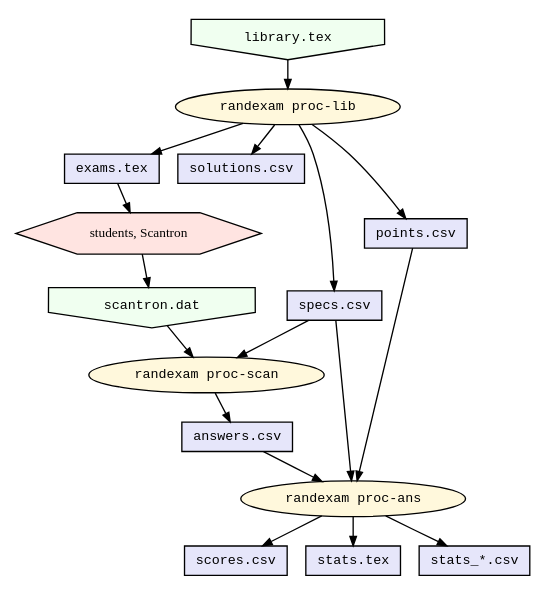
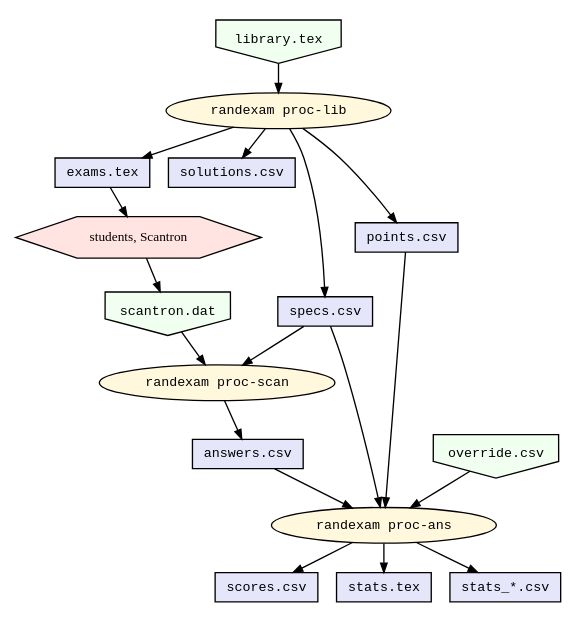
The diagram in pipeline.gv (mwest1066/randexam), drawn with Graphviz before and after one commit. The commit also changed 2 other files, not shown here.

Commit message:
load override.csv and use it to compute scores

```diff
--- a/pipeline.gv
+++ b/pipeline.gv
@@ -1,33 +1,34 @@
 digraph partmc_modules {
     rankdir = TB;
     node [fontsize = 10, height = 0.3, width = 0.5];
     graph [nodesep = 0.2, ranksep = 0.3];
     edge [arrowsize = 0.7];
 
-    library [label="library.tex", fontname=Courier, shape=invhouse, style=filled, fillcolor=honeydew1];
-    scantron [label="scantron.dat", fontname=Courier, shape=invhouse, style=filled, fillcolor=honeydew1];
+    library [label="library.tex", fixedsize=true, width=1.3, height=0.5, fontname=Courier, shape=invhouse, style=filled, fillcolor=honeydew1];
+    scantron [label="scantron.dat", fixedsize=true, width=1.3, height=0.5, fontname=Courier, shape=invhouse, style=filled, fillcolor=honeydew1];
+    override [label="override.csv", fixedsize=true, width=1.3, height=0.5, fontname=Courier, shape=invhouse, style=filled, fillcolor=honeydew1];
 
     students [label="students, Scantron", shape=hexagon, style=filled, fillcolor=mistyrose1];
 
     exams [label="exams.tex", fontname=Courier, shape=box, style=filled, fillcolor=lavender];
     solutions [label="solutions.csv", fontname=Courier, shape=box, style=filled, fillcolor=lavender];
     specs [label="specs.csv", fontname=Courier, shape=box, style=filled, fillcolor=lavender];
     points [label="points.csv", fontname=Courier, shape=box, style=filled, fillcolor=lavender];
     answers [label="answers.csv", fontname=Courier, shape=box, style=filled, fillcolor=lavender];
     scores [label="scores.csv", fontname=Courier, shape=box, style=filled, fillcolor=lavender];
     stats [label="stats.tex", fontname=Courier, shape=box, style=filled, fillcolor=lavender];
     statsdata [label="stats_*.csv", fontname=Courier, shape=box, style=filled, fillcolor=lavender];
 
     proc_lib [label="randexam proc-lib", fontname=Courier, shape=ellipse, style=filled, fillcolor=cornsilk1];
     proc_scan [label="randexam proc-scan", fontname=Courier, shape=ellipse, style=filled, fillcolor=cornsilk1];
     proc_ans [label="randexam proc-ans", fontname=Courier, shape=ellipse, style=filled, fillcolor=cornsilk1];
 
     library -> proc_lib
     proc_lib -> { solutions; exams; specs; points }
     exams -> students
     students -> scantron
     { scantron; specs } -> proc_scan
     proc_scan -> answers
-    { specs ; answers; points } -> proc_ans
+    { specs ; answers; points; override } -> proc_ans
     proc_ans -> { scores; stats; statsdata }
 }
```
